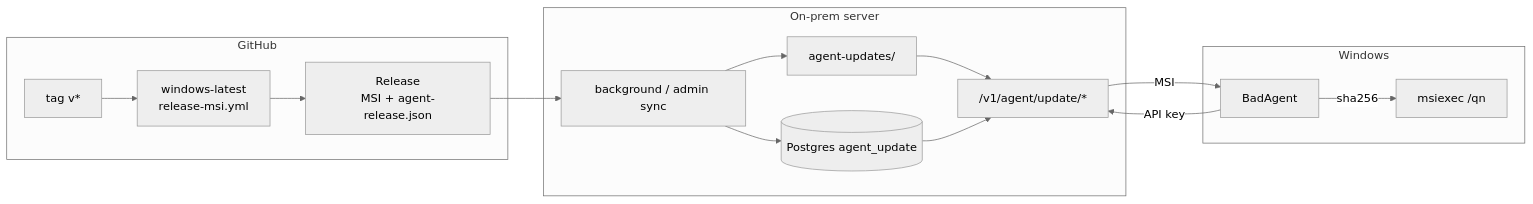
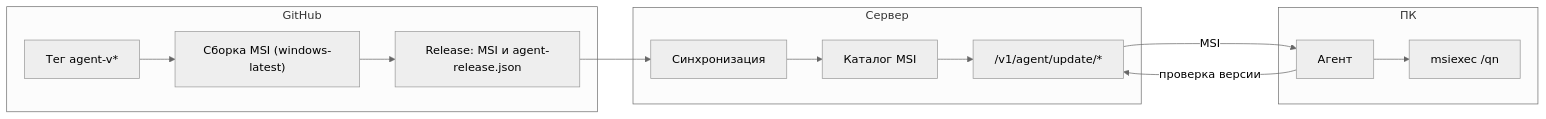
The third of 3 diagrams in docs/architecture.md (blazerity/bAD), drawn with Mermaid (neutral theme) before and after one commit. The commit also changed other lines of this file and 4 other files, not shown here.

````diff
--- a/docs/architecture.md
+++ b/docs/architecture.md
@@ -80,26 +287,21 @@
 ```mermaid
 flowchart LR
   subgraph GH["GitHub"]
-    TAG["tag v*"]
-    GHA["windows-latest\nrelease-msi.yml"]
-    REL["Release\nMSI + agent-release.json"]
-    TAG --> GHA --> REL
+    TAG["Тег agent-v*"]
+    CI["Сборка MSI (windows-latest)"]
+    REL["Release: MSI и agent-release.json"]
+    TAG --> CI --> REL
   end
-  subgraph Deb2["On-prem server"]
-    SYNC["background / admin sync"]
-    STORE2["agent-updates/"]
-    DB2[("Postgres agent_update")]
-    UAPI["/v1/agent/update/*"]
-    REL --> SYNC --> STORE2
-    SYNC --> DB2
-    STORE2 --> UAPI
-    DB2 --> UAPI
+  subgraph SRV["Сервер"]
+    SYNC["Синхронизация"]
+    STORE["Каталог MSI"]
+    API2["/v1/agent/update/*"]
+    REL --> SYNC --> STORE --> API2
   end
-  subgraph Win2["Windows"]
-    AG["BadAgent"]
+  subgraph PC["ПК"]
+    AG2["Агент"]
     MSI["msiexec /qn"]
-    AG -->|API key| UAPI
-    UAPI -->|MSI| AG
-    AG -->|sha256| MSI
+    AG2 -->|"проверка версии"| API2
+    API2 -->|"MSI"| AG2 --> MSI
   end
 ```
````
